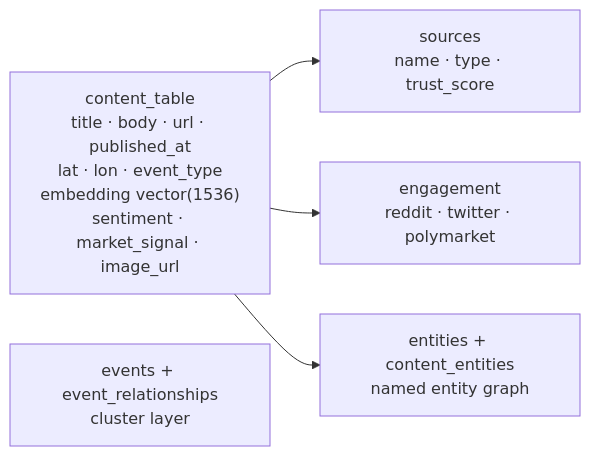
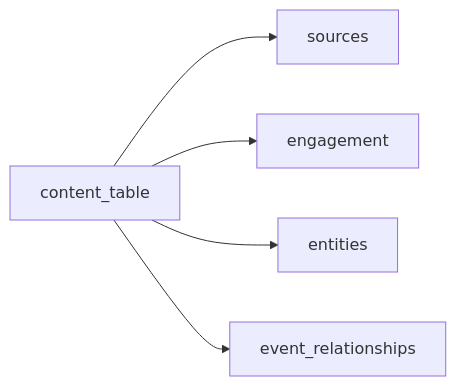
The fourth of 4 diagrams in README.md (ryanzhou147/argus), drawn with Mermaid before and after one commit. The commit also changed other lines of this file, not shown here.

Commit message:
chore: mermaid diagram update

````diff
--- a/README.md
+++ b/README.md
@@ -59,12 +59,7 @@
 ```mermaid
 flowchart LR
-    ContentTbl["content_table\ntitle · body · url · published_at\nlat · lon · event_type\nembedding vector(1536)\nsentiment · market_signal · image_url"]
-    Sources["sources\nname · type · trust_score"]
-    Engagement["engagement\nreddit · twitter · polymarket"]
-    Entities["entities + content_entities\nnamed entity graph"]
-    Events["events + event_relationships\ncluster layer"]
-
-    ContentTbl --> Sources
-    ContentTbl --> Engagement
-    ContentTbl --> Entities
+    ContentTbl["content_table"] --> Sources["sources"]
+    ContentTbl --> Engagement["engagement"]
+    ContentTbl --> Entities["entities"]
+    ContentTbl --> Events["event_relationships"]
 ```
````
